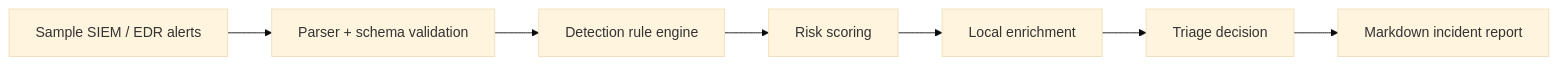
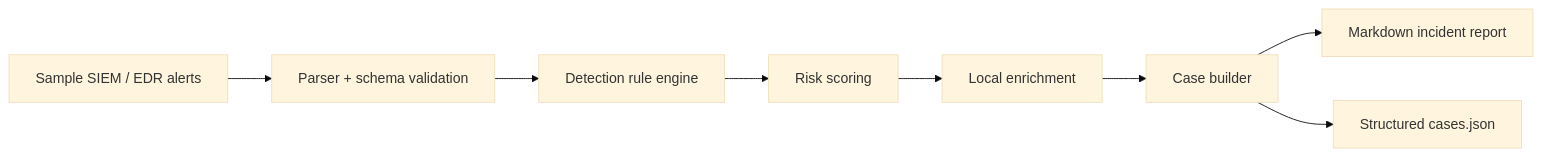
One commit to Adam-Ghanem/ai-soc-copilot changed the diagram in README.md. Above: the diagram before and after it, drawn with Mermaid (base theme). The commit also changed other lines of this file, not shown here.

Commit message:
Refresh README with case queue workflow

````diff
--- a/README.md
+++ b/README.md
@@ -33,9 +30,10 @@
 ```mermaid
 flowchart LR
     A[Sample SIEM / EDR alerts] --> B[Parser + schema validation]
     B --> C[Detection rule engine]
     C --> D[Risk scoring]
     D --> E[Local enrichment]
-    E --> F[Triage decision]
+    E --> F[Case builder]
     F --> G[Markdown incident report]
+    F --> H[Structured cases.json]
 ```
````
